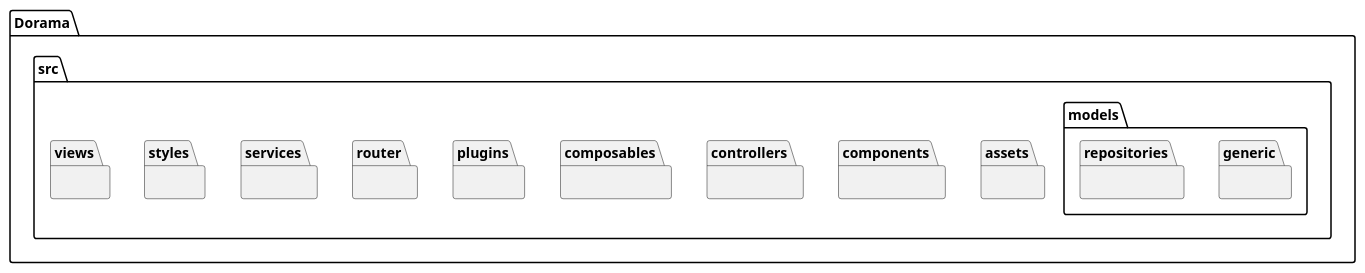
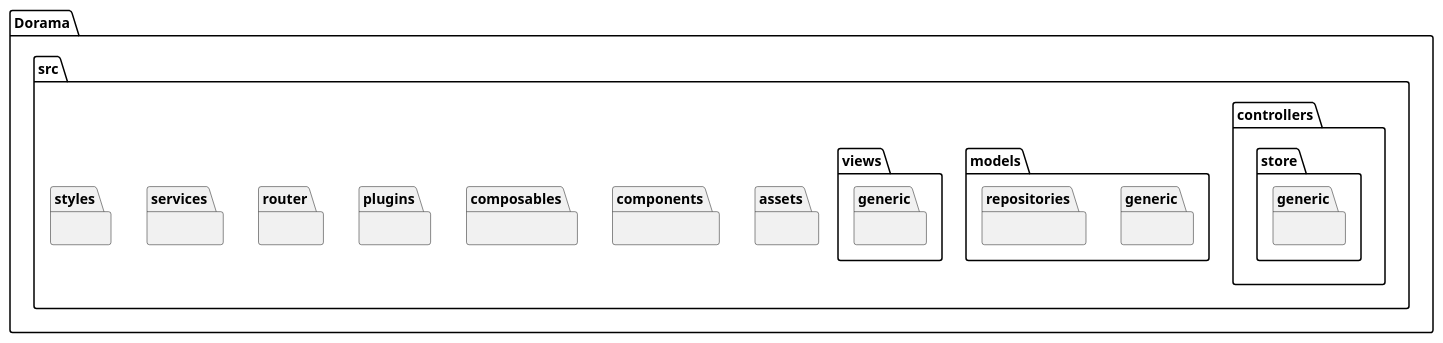
Before and after one commit to KaioHenr/Trab1-PS: the diagram in Trab1-PS/diagramas/diagramas_plantuml/diretorio_frontend.plantuml, drawn with PlantUML.

```diff
--- a/Trab1-PS/diagramas/diagramas_plantuml/diretorio_frontend.plantuml
+++ b/Trab1-PS/diagramas/diagramas_plantuml/diretorio_frontend.plantuml
@@ -1,27 +1,29 @@
 @startuml
 
 package Dorama {
-
     package src {
-
         package assets { }
         package components { }
-        package controllers { }
         package composables { }
-        
+        package controllers { 
+            package store { 
+                package generic { }
+            }
+        }
+
         package models {
             package generic { }
             package repositories { }
         }
-        
+
         package plugins { }
         package router { }
         package services { }
         package styles { }
-        package views { }
-
+        package views { 
+            package generic { }
+        }
     }
-
 }
 
 @enduml
```
